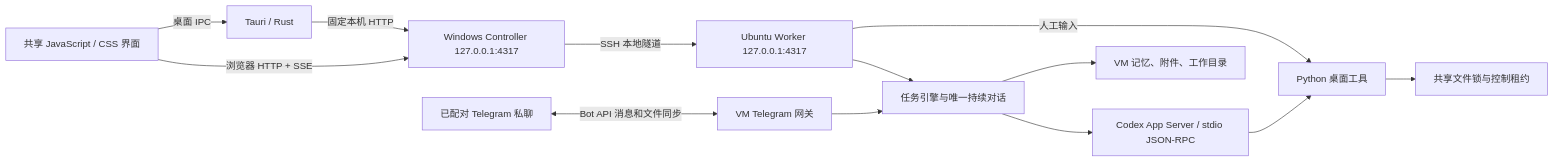
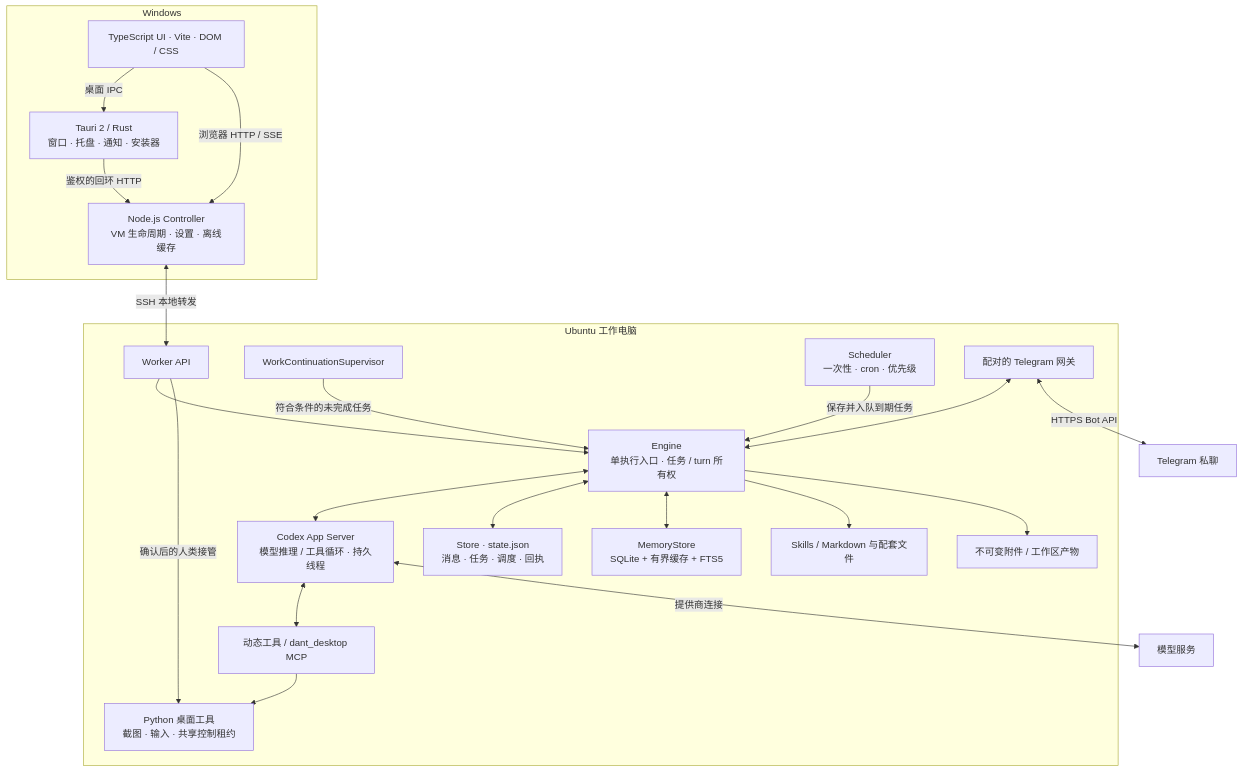
The first of 5 diagrams in docs/zh-CN/architecture.md (Stephen-Sim/dant), drawn with Mermaid before and after one commit. The commit also changed other lines of this file and 661 other files, not shown here.

First line of the commit message:
refactor: complete TypeScript migration and add SQLite memory

````diff
--- a/docs/zh-CN/architecture.md
+++ b/docs/zh-CN/architecture.md
@@ -7,15 +9,40 @@
 ```mermaid
-flowchart LR
-  UI[共享 JavaScript / CSS 界面] -->|浏览器 HTTP + SSE| Controller
-  UI -->|桌面 IPC| Rust[Tauri / Rust]
-  Rust -->|固定本机 HTTP| Controller[Windows Controller 127.0.0.1:4317]
-  Controller -->|SSH 本地隧道| Worker[Ubuntu Worker 127.0.0.1:4317]
-  Worker --> Engine[任务引擎与唯一持续对话]
-  Telegram[已配对 Telegram 私聊] <-->|Bot API 消息和文件同步| Gateway[VM Telegram 网关]
-  Gateway --> Engine
-  Engine --> Codex[Codex App Server / stdio JSON-RPC]
-  Engine --> Files[VM 记忆、附件、工作目录]
-  Codex --> Desktop[Python 桌面工具]
-  Worker -->|人工输入| Desktop
-  Desktop --> Lock[共享文件锁与控制租约]
+flowchart TB
+  subgraph Windows
+    UI[TypeScript UI · Vite · DOM / CSS]
+    Native[Tauri 2 / Rust<br/>窗口 · 托盘 · 通知 · 安装器]
+    Controller[Node.js Controller<br/>VM 生命周期 · 设置 · 离线缓存]
+    UI -->|桌面 IPC| Native
+    Native -->|鉴权的回环 HTTP| Controller
+    UI -->|浏览器 HTTP / SSE| Controller
+  end
+  subgraph Ubuntu 工作电脑
+    Worker[Worker API]
+    Engine[Engine<br/>单执行入口 · 任务 / turn 所有权]
+    Heartbeat[WorkContinuationSupervisor]
+    Scheduler[Scheduler<br/>一次性 · cron · 优先级]
+    Codex[Codex App Server<br/>模型推理 / 工具循环 · 持久线程]
+    Tools[动态工具 / dant_desktop MCP]
+    Desktop[Python 桌面工具<br/>截图 · 输入 · 共享控制租约]
+    State[Store · state.json<br/>消息 · 任务 · 调度 · 回执]
+    Memory[MemoryStore<br/>SQLite + 有界缓存 + FTS5]
+    Skills[Skills / Markdown 与配套文件]
+    Files[不可变附件 / 工作区产物]
+    Telegram[配对的 Telegram 网关]
+    Worker --> Engine
+    Heartbeat -->|符合条件的未完成任务| Engine
+    Scheduler -->|保存并入队到期任务| Engine
+    Telegram <--> Engine
+    Engine <--> Codex
+    Codex <--> Tools
+    Tools --> Desktop
+    Engine <--> State
+    Engine <--> Memory
+    Engine --> Skills
+    Engine --> Files
+    Worker -->|确认后的人类接管| Desktop
+  end
+  Controller <-->|SSH 本地转发| Worker
+  Codex <-->|提供商连接| Models[模型服务]
+  Telegram <-->|HTTPS Bot API| Phone[Telegram 私聊]
 ```
````
